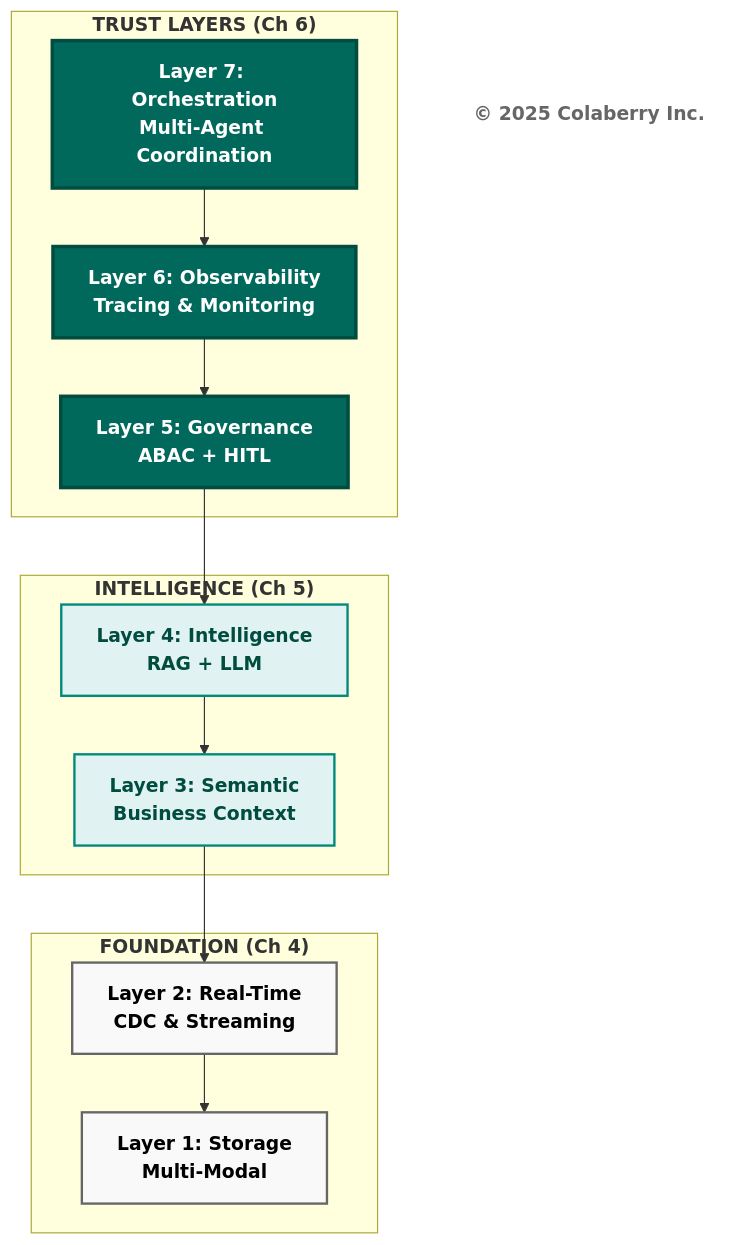
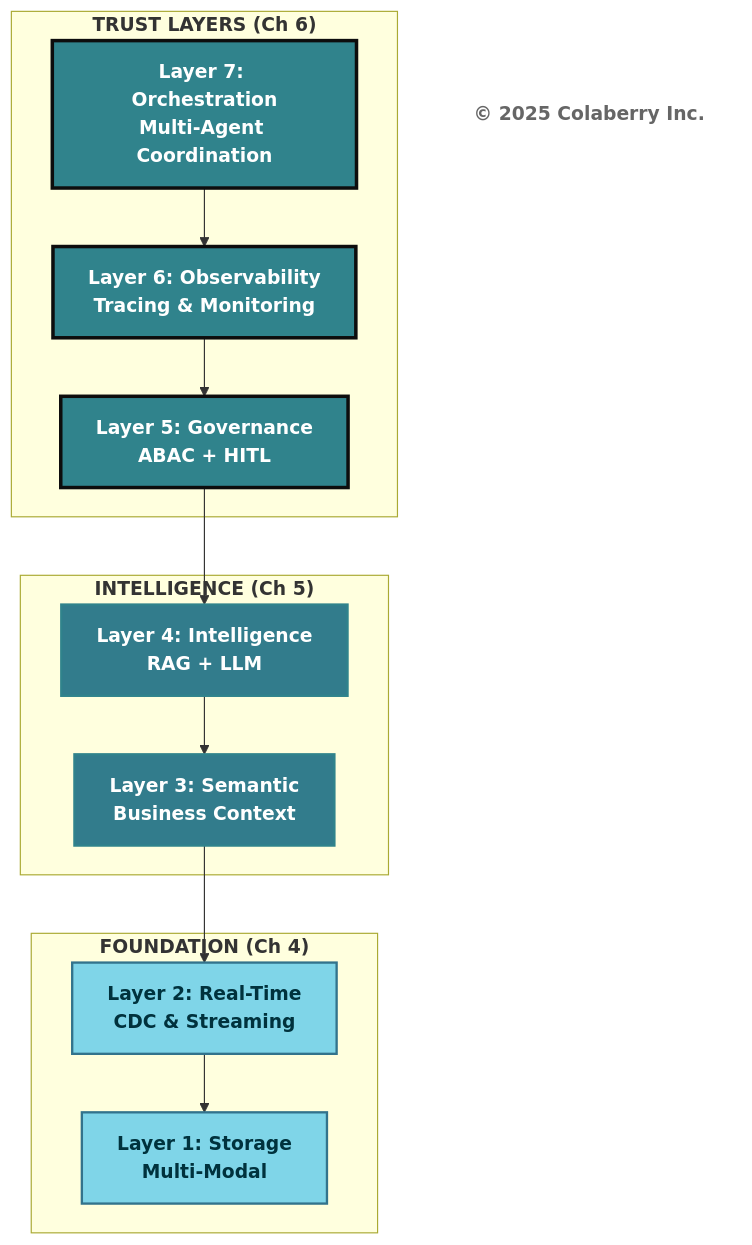
One commit to saitejesh-cyber/trust-before-intelligence-book changed the third of 14 diagrams in manuscript/07_chapter_6_transparency_orchestration_layers.md. Above: the diagram before and after it, drawn with Mermaid. The commit also changed other lines of this file, not shown here.

Commit message:
Update mermaid diagrams as per new coloberry color and contrast ratio for chapter 7

````diff
--- a/manuscript/07_chapter_6_transparency_orchestration_layers.md
+++ b/manuscript/07_chapter_6_transparency_orchestration_layers.md
@@ -127,31 +127,31 @@
 ```mermaid
 graph TB
     subgraph "<b>TRUST LAYERS (Ch 6)</b>"
         L7["<b>Layer 7: Orchestration</b><br/><b>Multi-Agent Coordination</b>"]
         L6["<b>Layer 6: Observability</b><br/><b>Tracing & Monitoring</b>"]
         L5["<b>Layer 5: Governance</b><br/><b>ABAC + HITL</b>"]
     end
     
     subgraph "<b>INTELLIGENCE (Ch 5)</b>"
         L4["<b>Layer 4: Intelligence</b><br/><b>RAG + LLM</b>"]
         L3["<b>Layer 3: Semantic</b><br/><b>Business Context</b>"]
     end
     
     subgraph "<b>FOUNDATION (Ch 4)</b>"
         L2["<b>Layer 2: Real-Time</b><br/><b>CDC & Streaming</b>"]
         L1["<b>Layer 1: Storage</b><br/><b>Multi-Modal</b>"]
     end
     
     Copyright["<b>© 2025 Colaberry Inc.</b>"]
     
     L7 --> L6 --> L5 --> L4 --> L3 --> L2 --> L1
     
-    style L7 fill:#00695c,color:#ffffff,stroke:#004d40,stroke-width:3px
-    style L6 fill:#00695c,color:#ffffff,stroke:#004d40,stroke-width:3px
-    style L5 fill:#00695c,color:#ffffff,stroke:#004d40,stroke-width:3px
-    style L4 fill:#e0f2f1,stroke:#00897b,stroke-width:2px,color:#004d40
-    style L3 fill:#e0f2f1,stroke:#00897b,stroke-width:2px,color:#004d40
-    style L2 fill:#f9f9f9,stroke:#666666,stroke-width:2px,color:#000000
-    style L1 fill:#f9f9f9,stroke:#666666,stroke-width:2px,color:#000000
+    style L7 fill:#30838C,color:#ffffff,stroke:#0D0D0D,stroke-width:3px
+    style L6 fill:#30838C,color:#ffffff,stroke:#0D0D0D,stroke-width:3px
+    style L5 fill:#30838C,color:#ffffff,stroke:#0D0D0D,stroke-width:3px
+    style L4 fill:#327C8C,stroke:#30838C,stroke-width:2px,color:#ffffff
+    style L3 fill:#327C8C,stroke:#30838C,stroke-width:2px,color:#ffffff
+    style L2 fill:#7FD5E8,stroke:#32738C,stroke-width:2px,color:#00323D
+    style L1 fill:#7FD5E8,stroke:#32738C,stroke-width:2px,color:#00323D
     style Copyright fill:#ffffff,stroke:none,color:#666666
 ```
````
